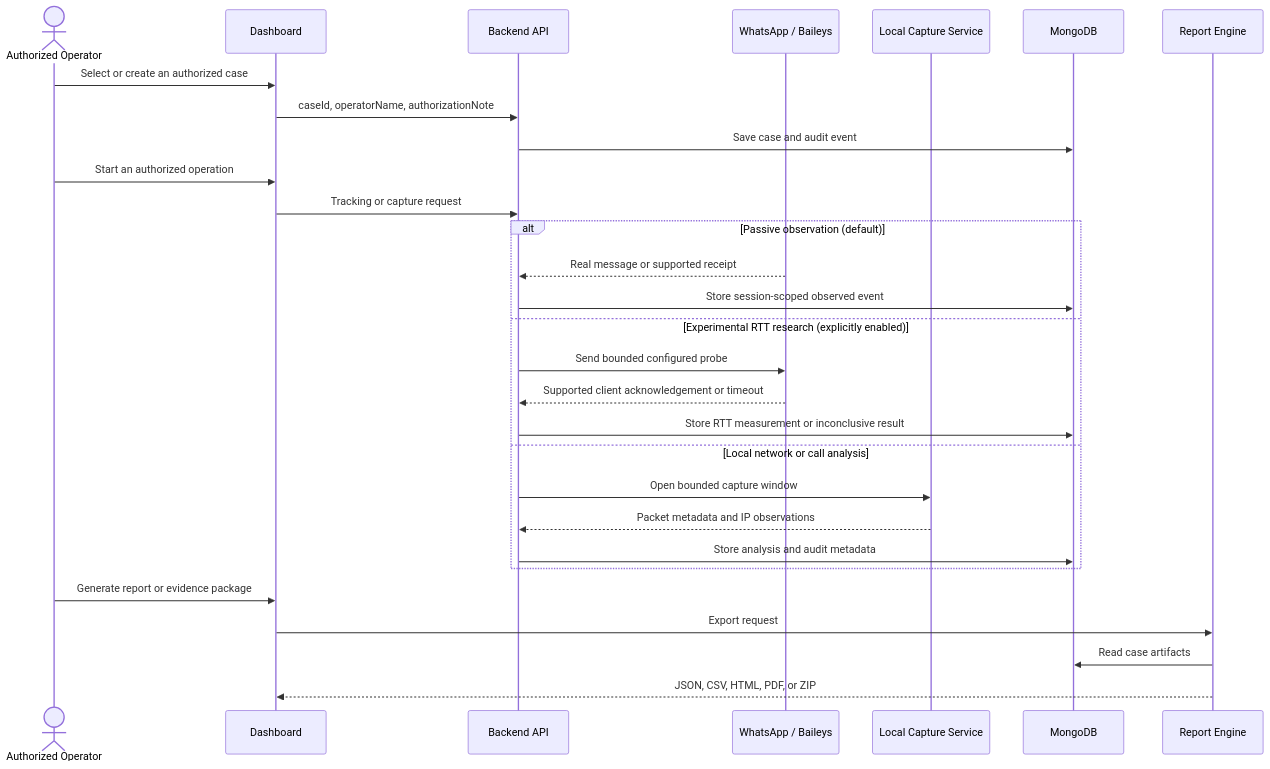
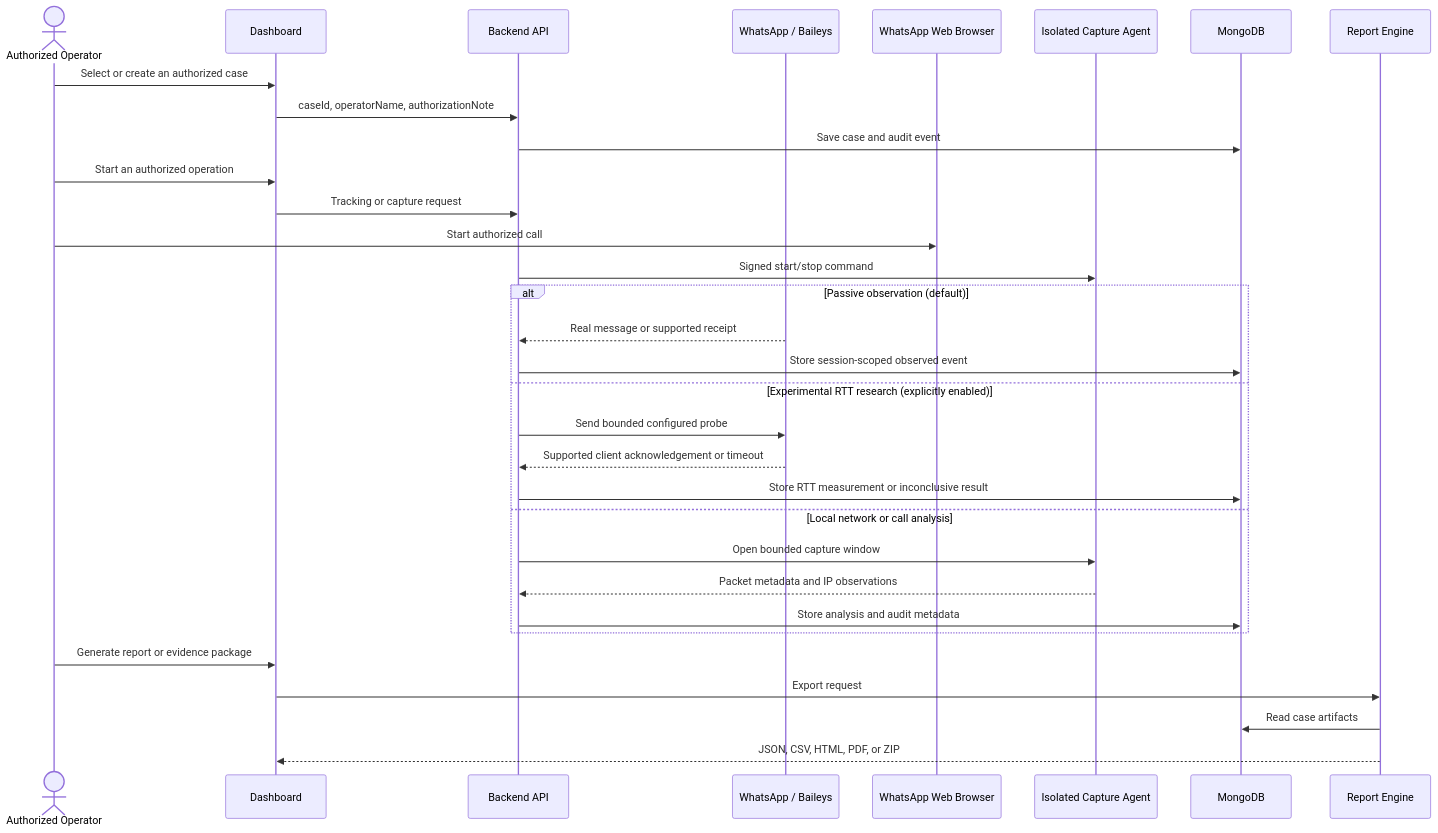
One commit to deco31416/wp-monitor changed the third of 4 diagrams in README.md. Above: the diagram before and after it, drawn with Mermaid. The commit also changed other lines of this file and 74 other files, not shown here.

````diff
--- a/README.md
+++ b/README.md
@@ -169,35 +180,38 @@
 ```mermaid
 sequenceDiagram
     actor Operator as Authorized Operator
     participant Dashboard
     participant API as Backend API
     participant WhatsApp as WhatsApp / Baileys
-    participant Capture as Local Capture Service
+    participant Browser as WhatsApp Web Browser
+    participant Capture as Isolated Capture Agent
     participant MongoDB
     participant Reports as Report Engine
 
     Operator->>Dashboard: Select or create an authorized case
     Dashboard->>API: caseId, operatorName, authorizationNote
     API->>MongoDB: Save case and audit event
 
     Operator->>Dashboard: Start an authorized operation
     Dashboard->>API: Tracking or capture request
+    Operator->>Browser: Start authorized call
+    API->>Capture: Signed start/stop command
 
     alt Passive observation (default)
         WhatsApp-->>API: Real message or supported receipt
         API->>MongoDB: Store session-scoped observed event
     else Experimental RTT research (explicitly enabled)
         API->>WhatsApp: Send bounded configured probe
         WhatsApp-->>API: Supported client acknowledgement or timeout
         API->>MongoDB: Store RTT measurement or inconclusive result
     else Local network or call analysis
         API->>Capture: Open bounded capture window
         Capture-->>API: Packet metadata and IP observations
         API->>MongoDB: Store analysis and audit metadata
     end
 
     Operator->>Dashboard: Generate report or evidence package
     Dashboard->>Reports: Export request
     Reports->>MongoDB: Read case artifacts
     Reports-->>Dashboard: JSON, CSV, HTML, PDF, or ZIP
 ```
````
